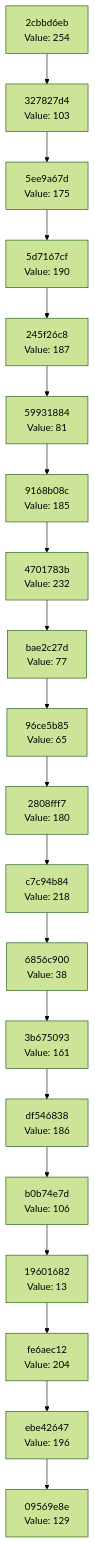
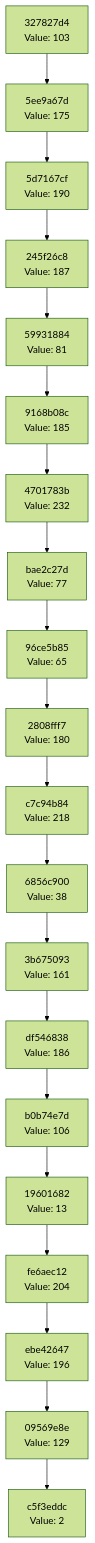
Before and after one commit to Abhisheksinha1506/hash-chain-evolver: the diagram in docs/CHAIN_VISUALIZATION.md, drawn with Mermaid (forest theme). The commit also changed 2 other files, not shown here.

Commit message:
Evolution Step

````diff
--- a/docs/CHAIN_VISUALIZATION.md
+++ b/docs/CHAIN_VISUALIZATION.md
@@ -3,42 +3,42 @@
 ```mermaid
 graph TD
-    C0["09569e8e<br/>Value: 129"]
-    C1["ebe42647<br/>Value: 196"]
+    C0["c5f3eddc<br/>Value: 2"]
+    C1["09569e8e<br/>Value: 129"]
     C1 --> C0
-    C2["fe6aec12<br/>Value: 204"]
+    C2["ebe42647<br/>Value: 196"]
     C2 --> C1
-    C3["19601682<br/>Value: 13"]
+    C3["fe6aec12<br/>Value: 204"]
     C3 --> C2
-    C4["b0b74e7d<br/>Value: 106"]
+    C4["19601682<br/>Value: 13"]
     C4 --> C3
-    C5["df546838<br/>Value: 186"]
+    C5["b0b74e7d<br/>Value: 106"]
     C5 --> C4
-    C6["3b675093<br/>Value: 161"]
+    C6["df546838<br/>Value: 186"]
     C6 --> C5
-    C7["6856c900<br/>Value: 38"]
+    C7["3b675093<br/>Value: 161"]
     C7 --> C6
-    C8["c7c94b84<br/>Value: 218"]
+    C8["6856c900<br/>Value: 38"]
     C8 --> C7
-    C9["2808fff7<br/>Value: 180"]
+    C9["c7c94b84<br/>Value: 218"]
     C9 --> C8
-    C10["96ce5b85<br/>Value: 65"]
+    C10["2808fff7<br/>Value: 180"]
     C10 --> C9
-    C11["bae2c27d<br/>Value: 77"]
+    C11["96ce5b85<br/>Value: 65"]
     C11 --> C10
-    C12["4701783b<br/>Value: 232"]
+    C12["bae2c27d<br/>Value: 77"]
     C12 --> C11
-    C13["9168b08c<br/>Value: 185"]
+    C13["4701783b<br/>Value: 232"]
     C13 --> C12
-    C14["59931884<br/>Value: 81"]
+    C14["9168b08c<br/>Value: 185"]
     C14 --> C13
-    C15["245f26c8<br/>Value: 187"]
+    C15["59931884<br/>Value: 81"]
     C15 --> C14
-    C16["5d7167cf<br/>Value: 190"]
+    C16["245f26c8<br/>Value: 187"]
     C16 --> C15
-    C17["5ee9a67d<br/>Value: 175"]
+    C17["5d7167cf<br/>Value: 190"]
     C17 --> C16
-    C18["327827d4<br/>Value: 103"]
+    C18["5ee9a67d<br/>Value: 175"]
     C18 --> C17
-    C19["2cbbd6eb<br/>Value: 254"]
+    C19["327827d4<br/>Value: 103"]
     C19 --> C18
 ```
````
